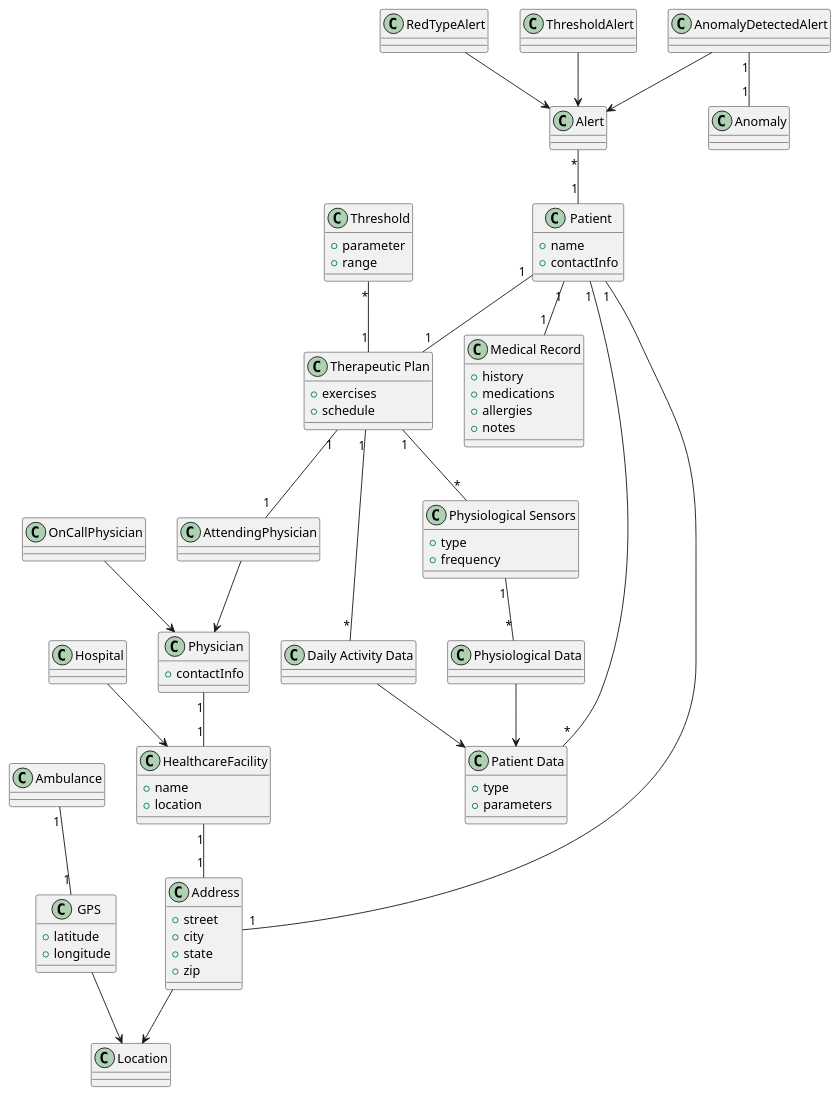
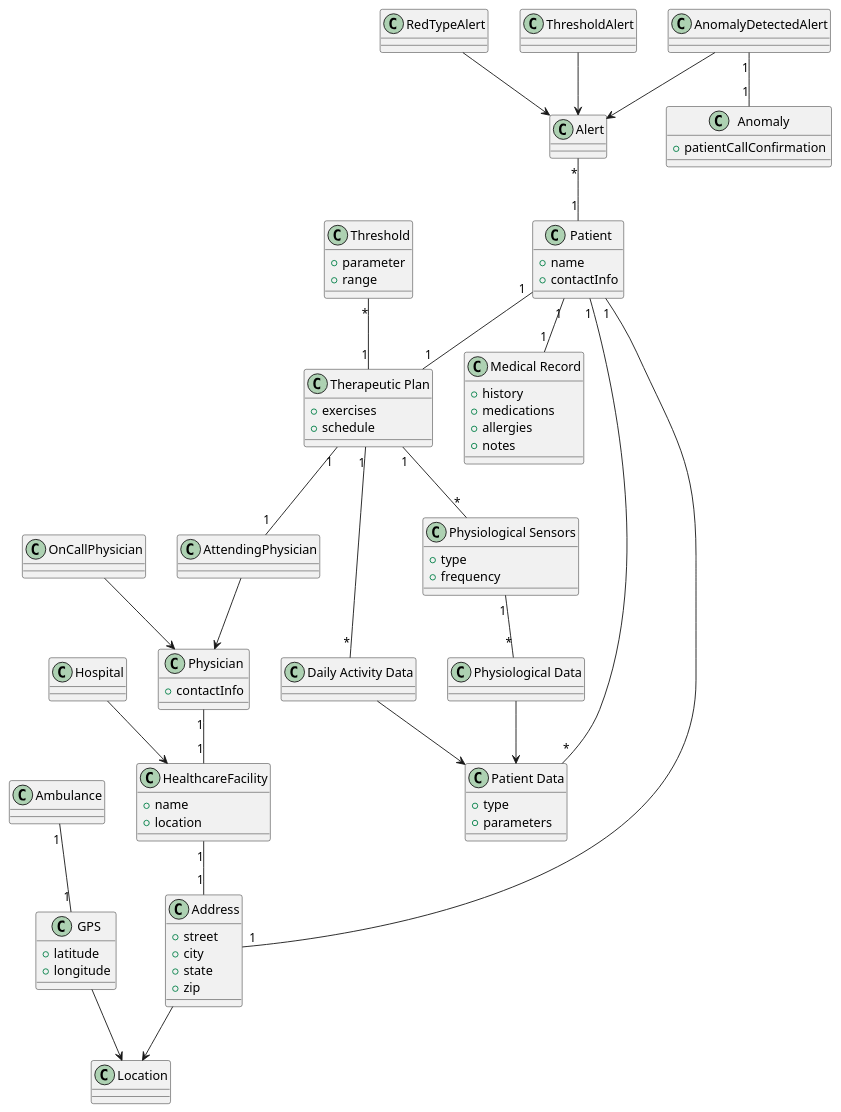
The diagram in diagrams/data_diagram.plantuml (koalas11/Software-Architecture-Project), drawn with PlantUML before and after one commit. The commit also changed 11 other files, not shown here.

Commit message:
feat: activity diagrams swag

```diff
--- a/diagrams/data_diagram.plantuml
+++ b/diagrams/data_diagram.plantuml
@@ -1,140 +1,140 @@
 @startuml data_diagram
 ' Class diagram for the problem architecture (WHAT)
 
 class Patient {
   +name
   +contactInfo
 }
 
 class "Medical Record" as MedicalRecord {
   +history
   +medications
   +allergies
   +notes
 }
 
 class "Therapeutic Plan" as TherapeuticPlan {
   +exercises
   +schedule
 }
 
 class "Patient Data" as PatientData {
   +type
   +parameters
 }
 
 class "Physiological Data" as PhysiologicalData {
 
 }
 
 class "Daily Activity Data" as DailyActivityData {
 
 }
 
 class Physician {
   +contactInfo
 }
 
 class AttendingPhysician {
 }
 
 class OnCallPhysician {
 }
 
 class HealthcareFacility {
   +name
   +location
 }
 
 class Hospital {
 }
 
 class Ambulance {
 
 }
 
 class Alert {
 }
 
 class RedTypeAlert {
 
 }
 
 class AnomalyDetectedAlert {
 
 }
 
 class ThresholdAlert {
 
 }
 
 RedTypeAlert --> Alert
 AnomalyDetectedAlert --> Alert
 ThresholdAlert --> Alert
 
 class Anomaly {
-
+  + patientCallConfirmation
 }
 
 
 class Location {
 
 }
 
 class Address {
   +street
   +city
   +state
   +zip
 }
 
 class GPS {
   +latitude
   +longitude
 }
 
 class "Physiological Sensors" as PhysiologicalSensors {
   +type
   +frequency
 }
 
 class Threshold {
   +parameter
   +range
 }
 
 Threshold "*" -- "1" TherapeuticPlan
 TherapeuticPlan "1" -- "*" DailyActivityData
 TherapeuticPlan "1" -- "*" PhysiologicalSensors
 PhysiologicalSensors "1" -- "*" PhysiologicalData
 
 Address --> Location
 GPS --> Location
 
 HealthcareFacility "1" -- "1" Address
 Ambulance "1" -- "1" GPS
 Patient "1" -- "1" Address
 
 AnomalyDetectedAlert "1" -- "1" Anomaly
 
 ' Relationships
 Patient "1" -- "1" MedicalRecord
 Patient "1" -- "1" TherapeuticPlan
 Patient "1" -- "*" PatientData
 
 TherapeuticPlan "1" -- "1" AttendingPhysician
 
 Hospital --> HealthcareFacility
 
 Physician "1" -- "1" HealthcareFacility
 
 AttendingPhysician --> Physician
 OnCallPhysician --> Physician
 
 PhysiologicalData --> PatientData
 DailyActivityData --> PatientData
 
 Alert "*" -- "1" Patient
 
 
 @enduml
```
